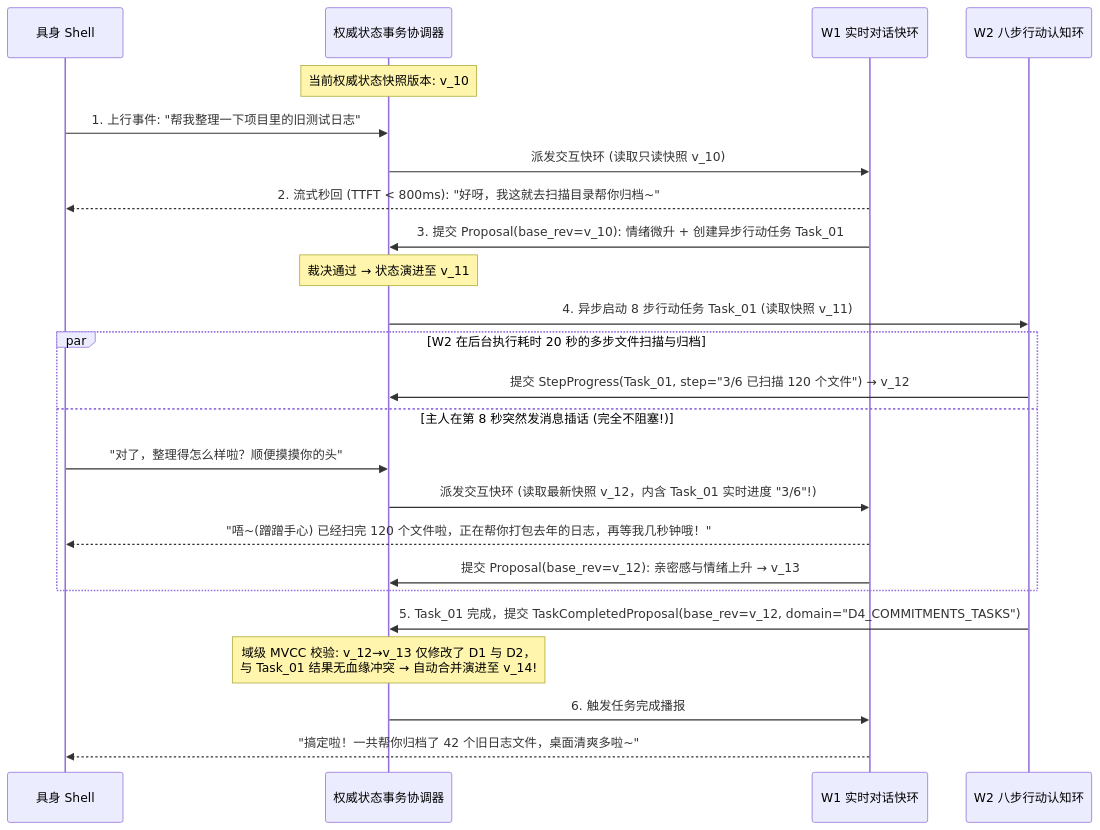
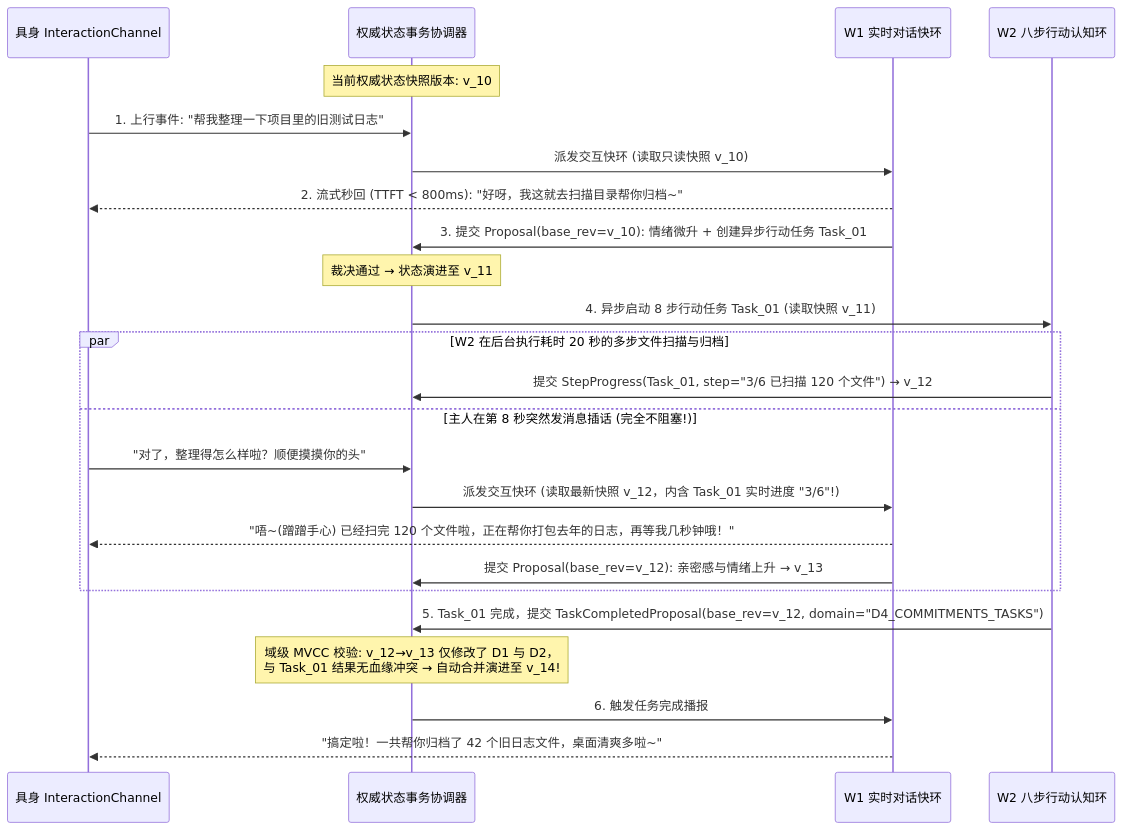
The first of 2 diagrams in docs/architecture/03-runtime-coordinator-and-agency-loop.md (reina0721/ai0), drawn with Mermaid before and after one commit. The commit also changed other lines of this file and 212 other files, not shown here.

````diff
--- a/docs/architecture/03-runtime-coordinator-and-agency-loop.md
+++ b/docs/architecture/03-runtime-coordinator-and-agency-loop.md
@@ -27,30 +39,30 @@
 ```mermaid
 sequenceDiagram
-    participant User as 具身 Shell
+    participant User as 具身 InteractionChannel
     participant Coord as 权威状态事务协调器
     participant W1 as W1 实时对话快环
     participant W2 as W2 八步行动认知环
 
 
     Note over Coord: 当前权威状态快照版本: v_10
     User->>Coord: 1. 上行事件: "帮我整理一下项目里的旧测试日志"
     Coord->>W1: 派发交互快环 (读取只读快照 v_10)
     W1-->>User: 2. 流式秒回 (TTFT < 800ms): "好呀，我这就去扫描目录帮你归档~"
     W1->>Coord: 3. 提交 Proposal(base_rev=v_10): 情绪微升 + 创建异步行动任务 Task_01
     Note over Coord: 裁决通过 → 状态演进至 v_11
     Coord->>W2: 4. 异步启动 8 步行动任务 Task_01 (读取快照 v_11)
     
     par W2 在后台执行耗时 20 秒的多步文件扫描与归档
         W2->>Coord: 提交 StepProgress(Task_01, step="3/6 已扫描 120 个文件") → v_12
     and 主人在第 8 秒突然发消息插话 (完全不阻塞!)
         User->>Coord: "对了，整理得怎么样啦？顺便摸摸你的头"
         Coord->>W1: 派发交互快环 (读取最新快照 v_12，内含 Task_01 实时进度 "3/6"!)
         W1-->>User: "唔~(蹭蹭手心) 已经扫完 120 个文件啦，正在帮你打包去年的日志，再等我几秒钟哦！"
         W1->>Coord: 提交 Proposal(base_rev=v_12): 亲密感与情绪上升 → v_13
     end
 
     W2->>Coord: 5. Task_01 完成，提交 TaskCompletedProposal(base_rev=v_12, domain="D4_COMMITMENTS_TASKS")
     Note over Coord: 域级 MVCC 校验: v_12→v_13 仅修改了 D1 与 D2，<br/>与 Task_01 结果无血缘冲突 → 自动合并演进至 v_14!
     Coord->>W1: 6. 触发任务完成播报
     W1-->>User: "搞定啦！一共帮你归档了 42 个旧日志文件，桌面清爽多啦~"
 ```
````
